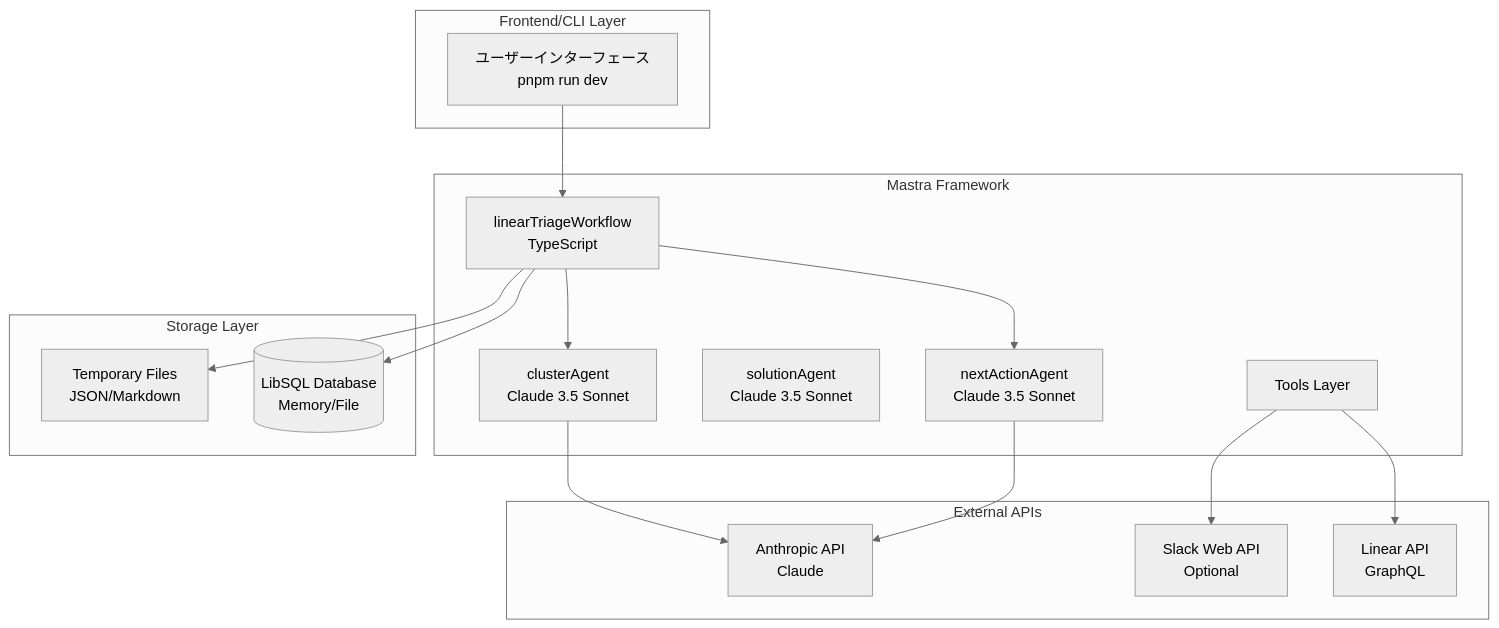
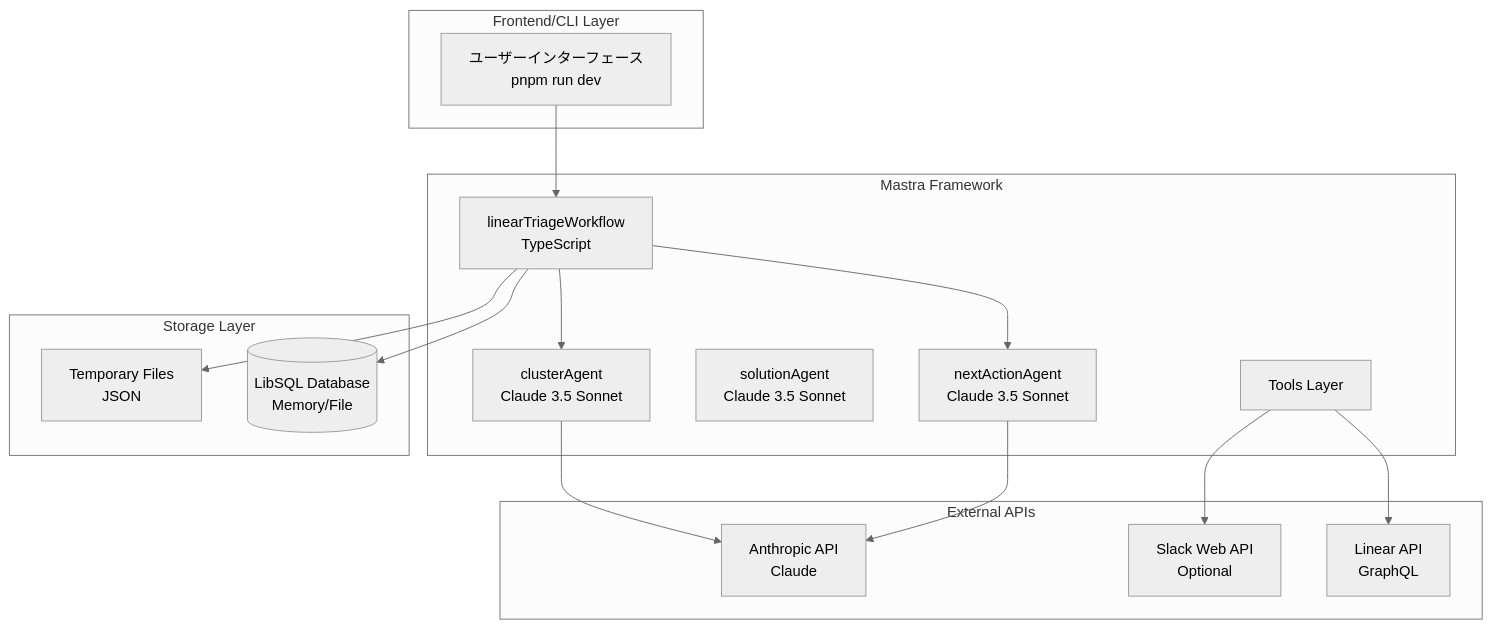
One commit to poteitoo/linear-agent changed the second of 3 diagrams in README.md. Above: the diagram before and after it, drawn with Mermaid (neutral theme). The commit also changed other lines of this file, not shown here.

````diff
--- a/README.md
+++ b/README.md
@@ -108,35 +137,35 @@
 ```mermaid
 graph TB
     subgraph "Frontend/CLI Layer"
         UI[ユーザーインターフェース<br/>pnpm run dev]
     end
     
     subgraph "Mastra Framework"
         Workflow[linearTriageWorkflow<br/>TypeScript]
         Agent1[nextActionAgent<br/>Claude 3.5 Sonnet]
         Agent2[solutionAgent<br/>Claude 3.5 Sonnet] 
         Agent3[clusterAgent<br/>Claude 3.5 Sonnet]
         Tools[Tools Layer]
     end
     
     subgraph "External APIs"
         Linear[Linear API<br/>GraphQL]
         Anthropic[Anthropic API<br/>Claude]
         Slack[Slack Web API<br/>Optional]
     end
     
     subgraph "Storage Layer"
         LibSQL[(LibSQL Database<br/>Memory/File)]
-        TempFiles[Temporary Files<br/>JSON/Markdown]
+        TempFiles[Temporary Files<br/>JSON]
     end
     
     UI --> Workflow
     Workflow --> Agent1
     Workflow --> Agent3
     Agent1 --> Anthropic
     Agent3 --> Anthropic
     Tools --> Linear
     Tools --> Slack
     Workflow --> LibSQL
     Workflow --> TempFiles
 ```
````
